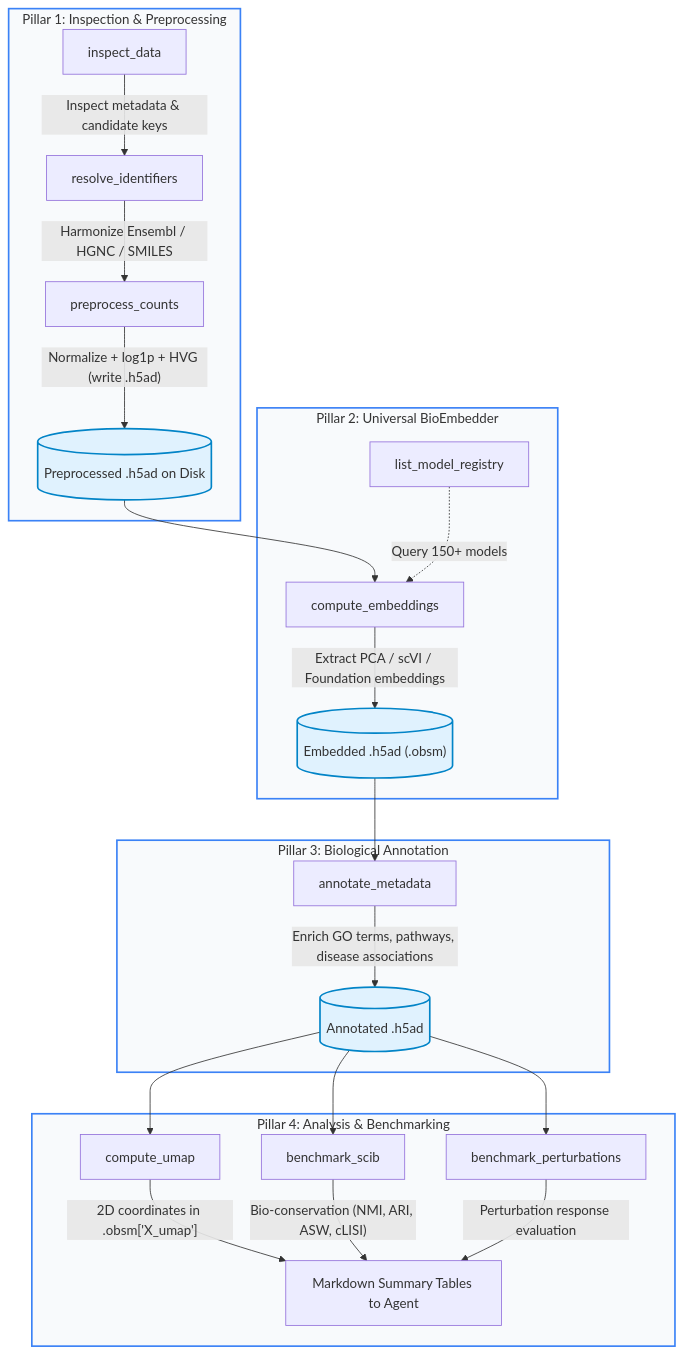
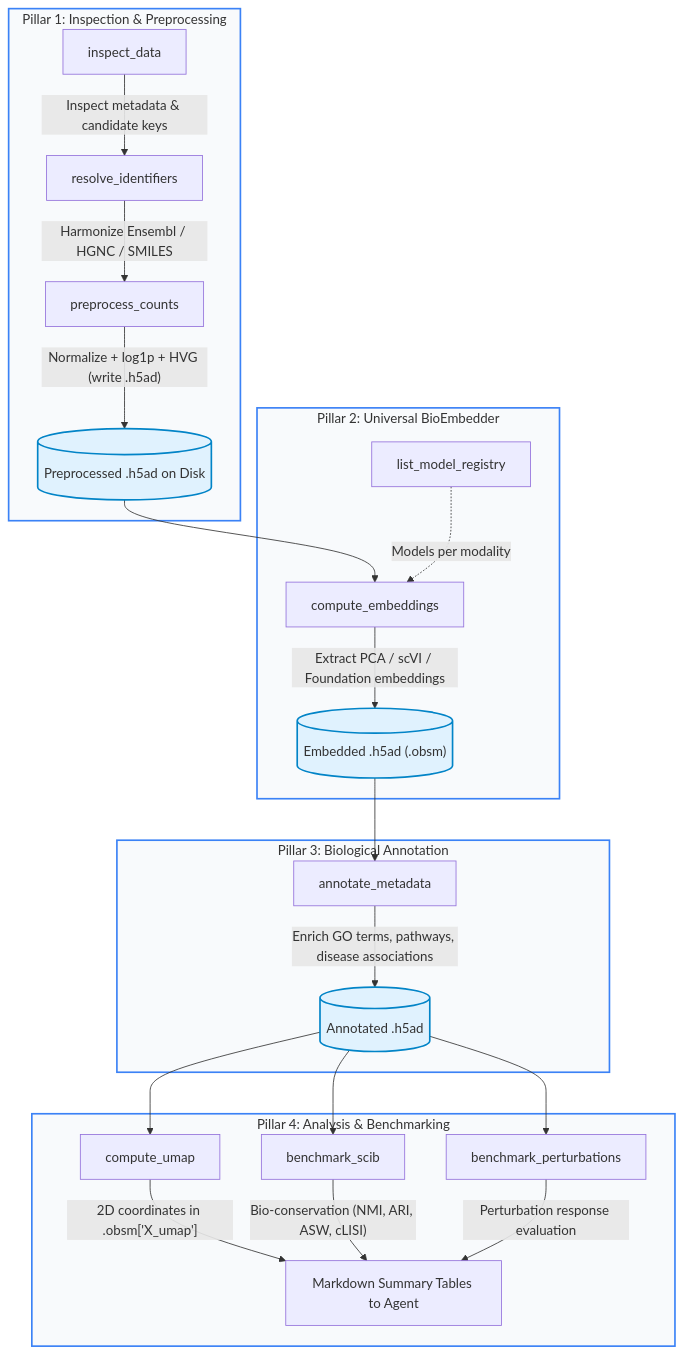
Before and after one commit to theislab/embpy: the diagram in docs/mcp/index.md, drawn with Mermaid. The commit also changed other lines of this file and 30 other files, not shown here.

````diff
--- a/docs/mcp/index.md
+++ b/docs/mcp/index.md
@@ -33,34 +33,34 @@
 ```mermaid
 flowchart TD
     subgraph PillarA["Pillar 1: Inspection & Preprocessing"]
         T1["inspect_data"] -->|"Inspect metadata & candidate keys"| T2["resolve_identifiers"]
         T2 -->|"Harmonize Ensembl / HGNC / SMILES"| T3["preprocess_counts"]
         T3 -->|"Normalize + log1p + HVG (write .h5ad)"| D1[("Preprocessed .h5ad on Disk")]
     end
 
     subgraph PillarB["Pillar 2: Universal BioEmbedder"]
         D1 --> T5["compute_embeddings"]
-        T4["list_model_registry"] -.->|"Query 150+ models"| T5
+        T4["list_model_registry"] -.->|"Models per modality"| T5
         T5 -->|"Extract PCA / scVI / Foundation embeddings"| D2[("Embedded .h5ad (.obsm)")]
     end
 
     subgraph PillarC["Pillar 3: Biological Annotation"]
         D2 --> T6["annotate_metadata"]
         T6 -->|"Enrich GO terms, pathways, disease associations"| D3[("Annotated .h5ad")]
     end
 
     subgraph PillarD["Pillar 4: Analysis & Benchmarking"]
         D3 --> T7["compute_umap"]
         D3 --> T8["benchmark_scib"]
         D3 --> T9["benchmark_perturbations"]
         T7 -->|"2D coordinates in .obsm['X_umap']"| Summary["Markdown Summary Tables to Agent"]
         T8 -->|"Bio-conservation (NMI, ARI, ASW, cLISI)"| Summary
         T9 -->|"Perturbation response evaluation"| Summary
     end
 
     classDef pillar fill:#f8fafc,stroke:#3b82f6,stroke-width:2px;
     classDef disk fill:#e0f2fe,stroke:#0284c7,stroke-width:2px;
     classDef tool fill:#f0fdf4,stroke:#16a34a,stroke-width:2px;
     class PillarA,PillarB,PillarC,PillarD pillar;
     class D1,D2,D3 disk;
 ```
````
